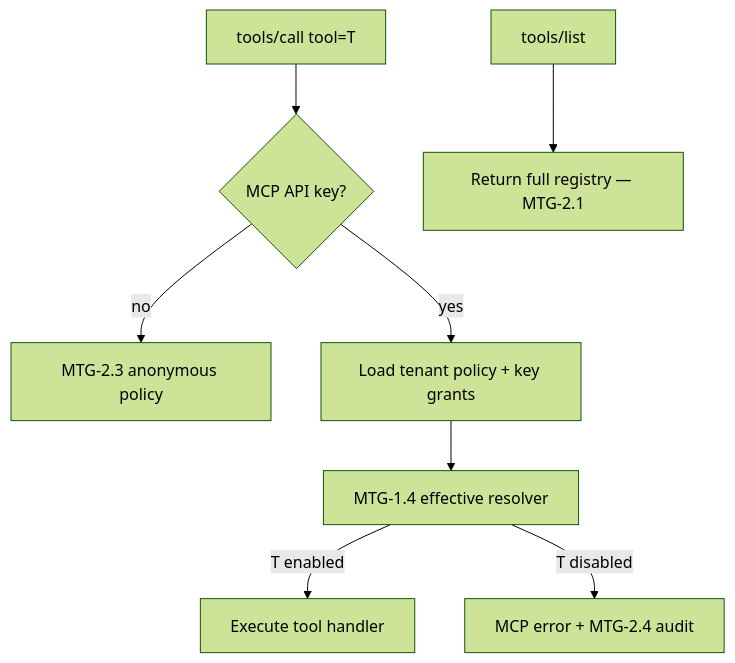
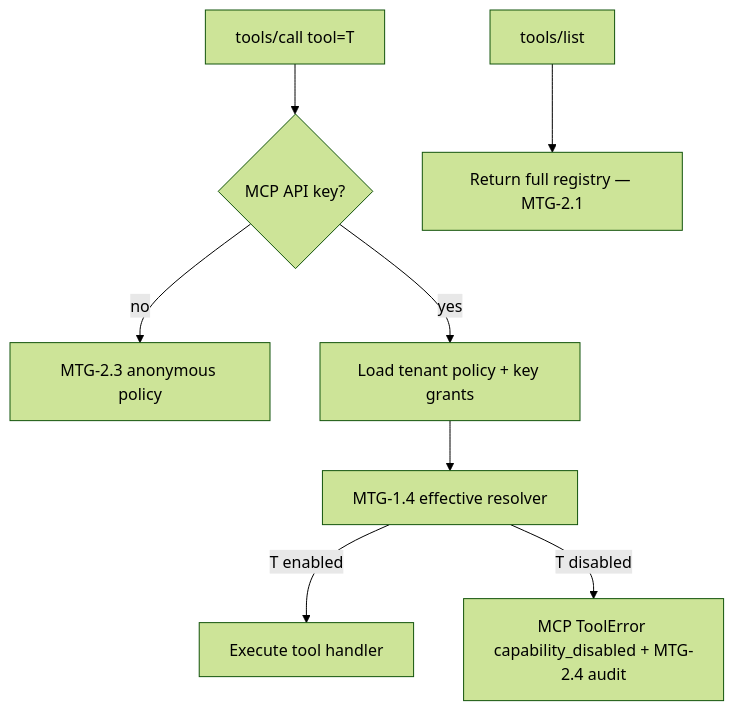
One commit to apiome/apiome changed the diagram in apiome-mcp/docs/EFFECTIVE_POLICY.md. Above: the diagram before and after it, drawn with Mermaid (forest theme). The commit also changed other lines of this file and 13 other files, not shown here.

````diff
--- a/apiome-mcp/docs/EFFECTIVE_POLICY.md
+++ b/apiome-mcp/docs/EFFECTIVE_POLICY.md
@@ -38,10 +38,10 @@
 ```mermaid
 flowchart TD
   REQ[tools/call tool=T] --> AUTH{MCP API key?}
   AUTH -->|no| ANON[MTG-2.3 anonymous policy]
   AUTH -->|yes| LOAD[Load tenant policy + key grants]
   LOAD --> RES[MTG-1.4 effective resolver]
   RES -->|T enabled| RUN[Execute tool handler]
-  RES -->|T disabled| DENY[MCP error + MTG-2.4 audit]
+  RES -->|T disabled| DENY[MCP ToolError capability_disabled + MTG-2.4 audit]
   LIST[tools/list] --> FULL[Return full registry — MTG-2.1]
 ```
````
